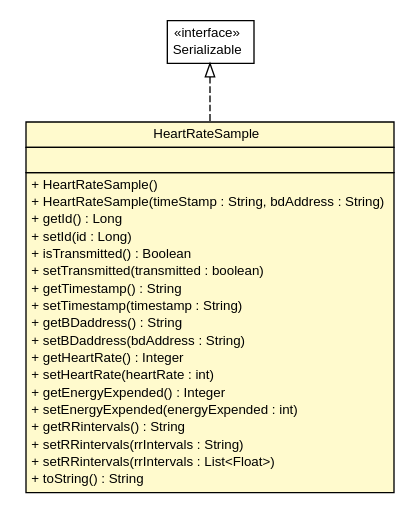
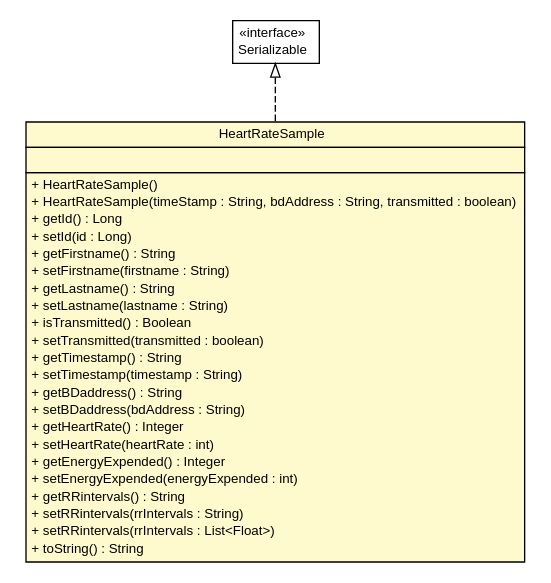
Before and after one commit to linksmart/sensor-platform: the diagram in Resources/Documentation/Sensorplatform/SensorplatformSensor/apidocs/de/fhg/fit/biomos/sensorplatform/sample/HeartRateSample.dot, drawn with Graphviz. The commit also changed 1577 other files, not shown here.

```diff
--- a/Resources/Documentation/Sensorplatform/SensorplatformSensor/apidocs/de/fhg/fit/biomos/sensorplatform/sample/HeartRateSample.dot
+++ b/Resources/Documentation/Sensorplatform/SensorplatformSensor/apidocs/de/fhg/fit/biomos/sensorplatform/sample/HeartRateSample.dot
@@ -1,50 +1,54 @@
 #!/usr/local/bin/dot
 #
 # Class diagram 
 # Generated by UMLGraph version R5_6 (http://www.umlgraph.org/)
 #
 
 digraph G {
 	edge [fontname="arial",fontsize=10,labelfontname="arial",labelfontsize=10];
 	node [fontname="arial",fontsize=10,shape=plaintext];
 	nodesep=0.25;
 	ranksep=0.5;
 	// de.fhg.fit.biomos.sensorplatform.sample.HeartRateSample
-	c145 [label=<<table title="de.fhg.fit.biomos.sensorplatform.sample.HeartRateSample" border="0" cellborder="1" cellspacing="0" cellpadding="2" port="p" bgcolor="lemonChiffon" href="./HeartRateSample.html">
+	c159 [label=<<table title="de.fhg.fit.biomos.sensorplatform.sample.HeartRateSample" border="0" cellborder="1" cellspacing="0" cellpadding="2" port="p" bgcolor="lemonChiffon" href="./HeartRateSample.html">
 		<tr><td><table border="0" cellspacing="0" cellpadding="1">
 <tr><td align="center" balign="center"> HeartRateSample </td></tr>
 		</table></td></tr>
 		<tr><td><table border="0" cellspacing="0" cellpadding="1">
 <tr><td align="left" balign="left">  </td></tr>
 		</table></td></tr>
 		<tr><td><table border="0" cellspacing="0" cellpadding="1">
 <tr><td align="left" balign="left"> + HeartRateSample() </td></tr>
-<tr><td align="left" balign="left"> + HeartRateSample(timeStamp : String, bdAddress : String) </td></tr>
+<tr><td align="left" balign="left"> + HeartRateSample(timeStamp : String, bdAddress : String, transmitted : boolean) </td></tr>
 <tr><td align="left" balign="left"> + getId() : Long </td></tr>
 <tr><td align="left" balign="left"> + setId(id : Long) </td></tr>
+<tr><td align="left" balign="left"> + getFirstname() : String </td></tr>
+<tr><td align="left" balign="left"> + setFirstname(firstname : String) </td></tr>
+<tr><td align="left" balign="left"> + getLastname() : String </td></tr>
+<tr><td align="left" balign="left"> + setLastname(lastname : String) </td></tr>
 <tr><td align="left" balign="left"> + isTransmitted() : Boolean </td></tr>
 <tr><td align="left" balign="left"> + setTransmitted(transmitted : boolean) </td></tr>
 <tr><td align="left" balign="left"> + getTimestamp() : String </td></tr>
 <tr><td align="left" balign="left"> + setTimestamp(timestamp : String) </td></tr>
 <tr><td align="left" balign="left"> + getBDaddress() : String </td></tr>
 <tr><td align="left" balign="left"> + setBDaddress(bdAddress : String) </td></tr>
 <tr><td align="left" balign="left"> + getHeartRate() : Integer </td></tr>
 <tr><td align="left" balign="left"> + setHeartRate(heartRate : int) </td></tr>
 <tr><td align="left" balign="left"> + getEnergyExpended() : Integer </td></tr>
 <tr><td align="left" balign="left"> + setEnergyExpended(energyExpended : int) </td></tr>
 <tr><td align="left" balign="left"> + getRRintervals() : String </td></tr>
 <tr><td align="left" balign="left"> + setRRintervals(rrIntervals : String) </td></tr>
 <tr><td align="left" balign="left"> + setRRintervals(rrIntervals : List&lt;Float&gt;) </td></tr>
 <tr><td align="left" balign="left"> + toString() : String </td></tr>
 		</table></td></tr>
 		</table>>, URL="./HeartRateSample.html", fontname="arial", fontcolor="black", fontsize=10.0];
 	//de.fhg.fit.biomos.sensorplatform.sample.HeartRateSample implements java.io.Serializable
-	c155:p -> c145:p [dir=back,arrowtail=empty,style=dashed];
+	c169:p -> c159:p [dir=back,arrowtail=empty,style=dashed];
 	// java.io.Serializable
-	c155 [label=<<table title="java.io.Serializable" border="0" cellborder="1" cellspacing="0" cellpadding="2" port="p" href="http://java.sun.com/j2se/1.4.2/docs/api/java/io/Serializable.html">
+	c169 [label=<<table title="java.io.Serializable" border="0" cellborder="1" cellspacing="0" cellpadding="2" port="p" href="http://java.sun.com/j2se/1.4.2/docs/api/java/io/Serializable.html">
 		<tr><td><table border="0" cellspacing="0" cellpadding="1">
 <tr><td align="center" balign="center"> &#171;interface&#187; </td></tr>
 <tr><td align="center" balign="center"> Serializable </td></tr>
 		</table></td></tr>
 		</table>>, URL="http://java.sun.com/j2se/1.4.2/docs/api/java/io/Serializable.html", fontname="arial", fontcolor="black", fontsize=10.0];
 }
```
